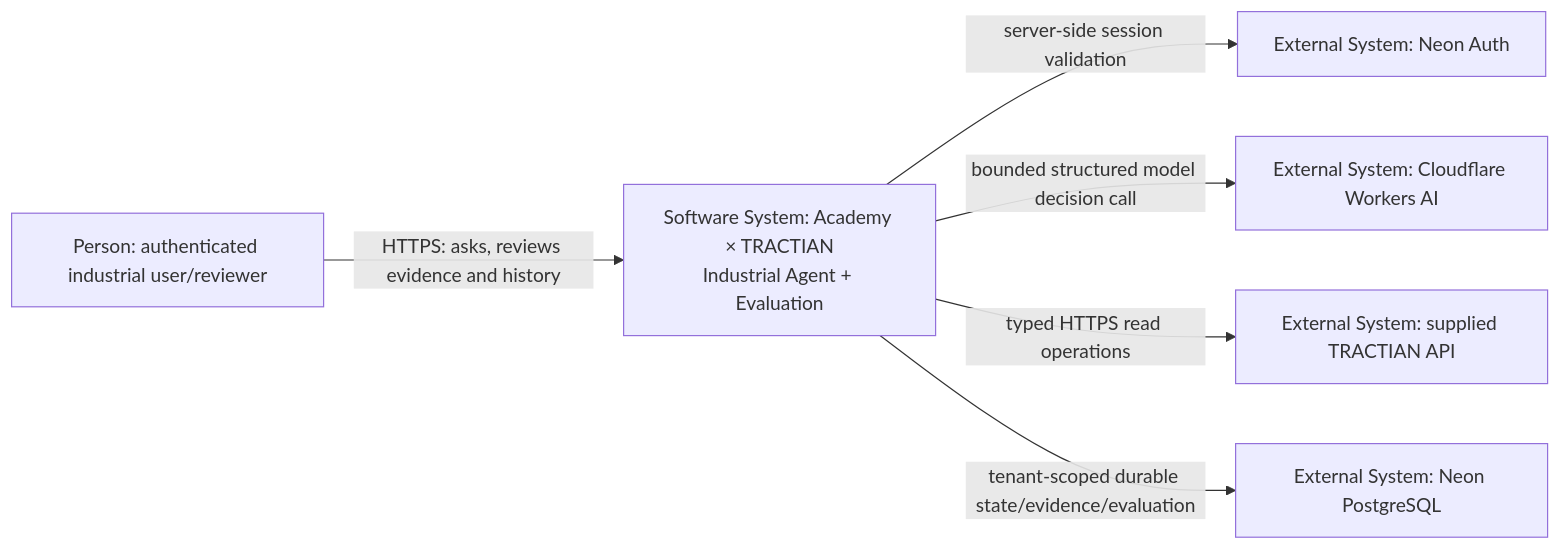
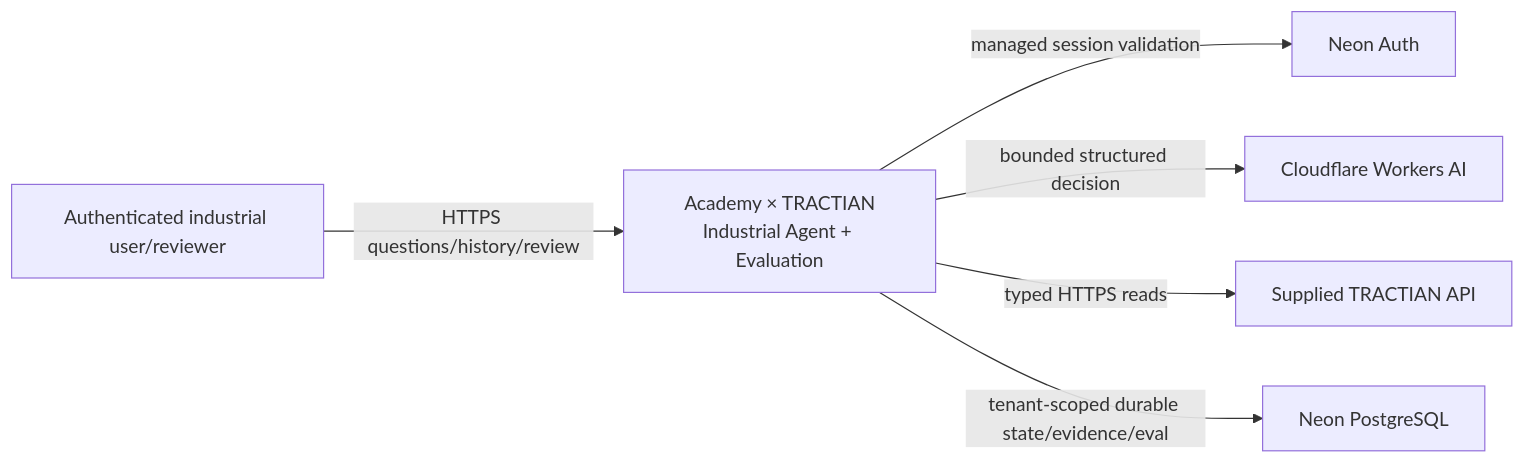
Before and after one commit to pablo-marchina/academy-tractian: the first of 3 diagrams in docs/ARCHITECTURE.md, drawn with Mermaid. The commit also changed other lines of this file and 8 other files, not shown here.

````diff
--- a/docs/ARCHITECTURE.md
+++ b/docs/ARCHITECTURE.md
@@ -17,15 +13,15 @@
 ```mermaid
 flowchart LR
-    U[Person: authenticated industrial user/reviewer]
-    S[Software System: Academy × TRACTIAN\nIndustrial Agent + Evaluation]
-    A[External System: Neon Auth]
-    P[External System: Cloudflare Workers AI]
-    T[External System: supplied TRACTIAN API]
-    D[External System: Neon PostgreSQL]
+    U[Authenticated industrial user/reviewer]
+    S[Academy × TRACTIAN\nIndustrial Agent + Evaluation]
+    A[Neon Auth]
+    P[Cloudflare Workers AI]
+    T[Supplied TRACTIAN API]
+    D[Neon PostgreSQL]
 
-    U -->|HTTPS: asks, reviews evidence and history| S
-    S -->|server-side session validation| A
-    S -->|bounded structured model decision call| P
-    S -->|typed HTTPS read operations| T
-    S -->|tenant-scoped durable state/evidence/evaluation| D
+    U -->|HTTPS questions/history/review| S
+    S -->|managed session validation| A
+    S -->|bounded structured decision| P
+    S -->|typed HTTPS reads| T
+    S -->|tenant-scoped durable state/evidence/eval| D
 ```
````
